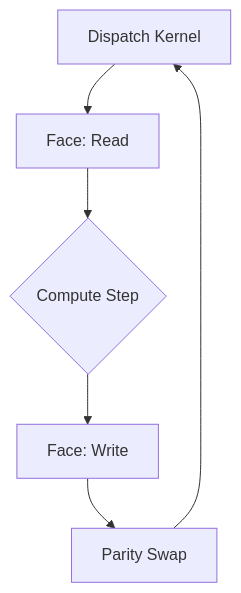
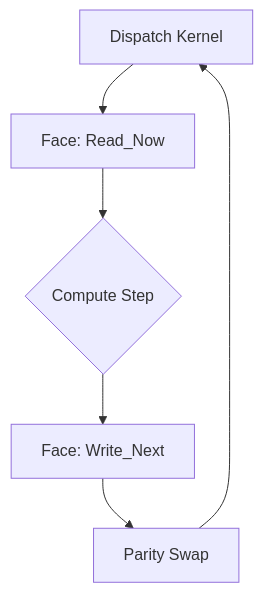
The diagram in docs/ARCHITECTURE.md (Helron1977/Hypercube-gpu), drawn with Mermaid before and after one commit. The commit also changed other lines of this file and 34 other files, not shown here.

````diff
--- a/docs/ARCHITECTURE.md
+++ b/docs/ARCHITECTURE.md
@@ -26,8 +27,8 @@
 ```mermaid
 graph TD
-    A[Dispatch Kernel] --> B[Face: Read]
+    A[Dispatch Kernel] --> B[Face: Read_Now]
     B --> C{Compute Step}
-    C --> D[Face: Write]
+    C --> D[Face: Write_Next]
     D --> E[Parity Swap]
     E --> A
 ```
````
